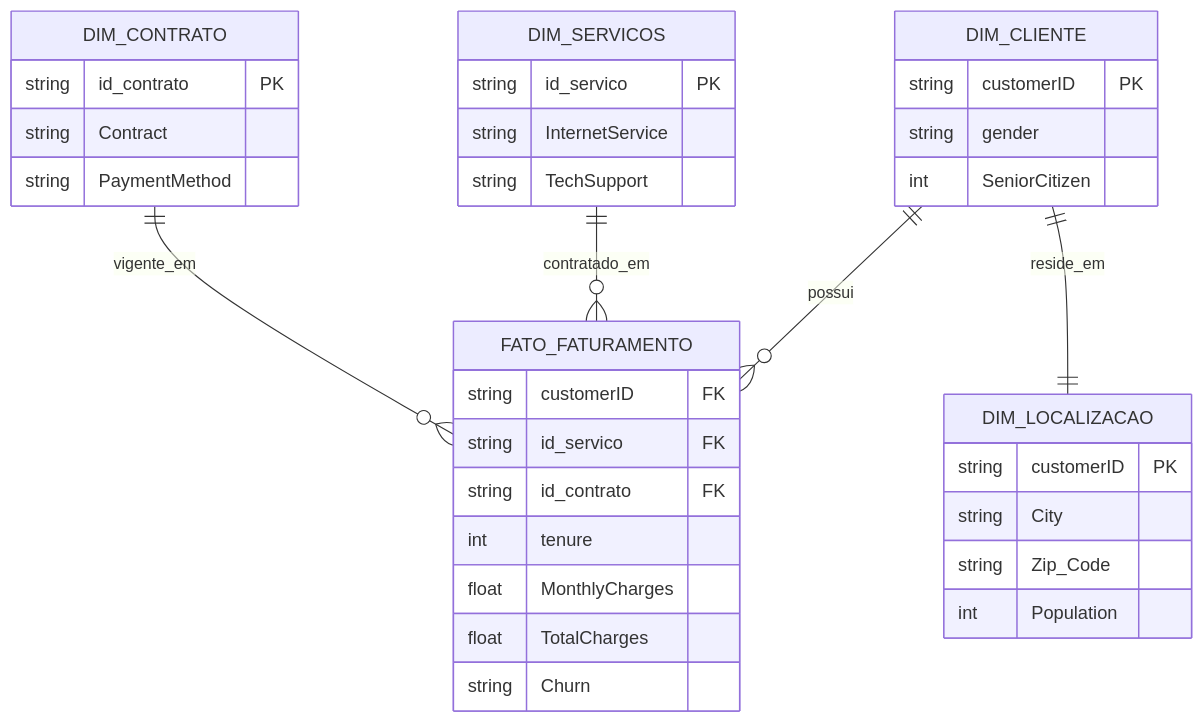
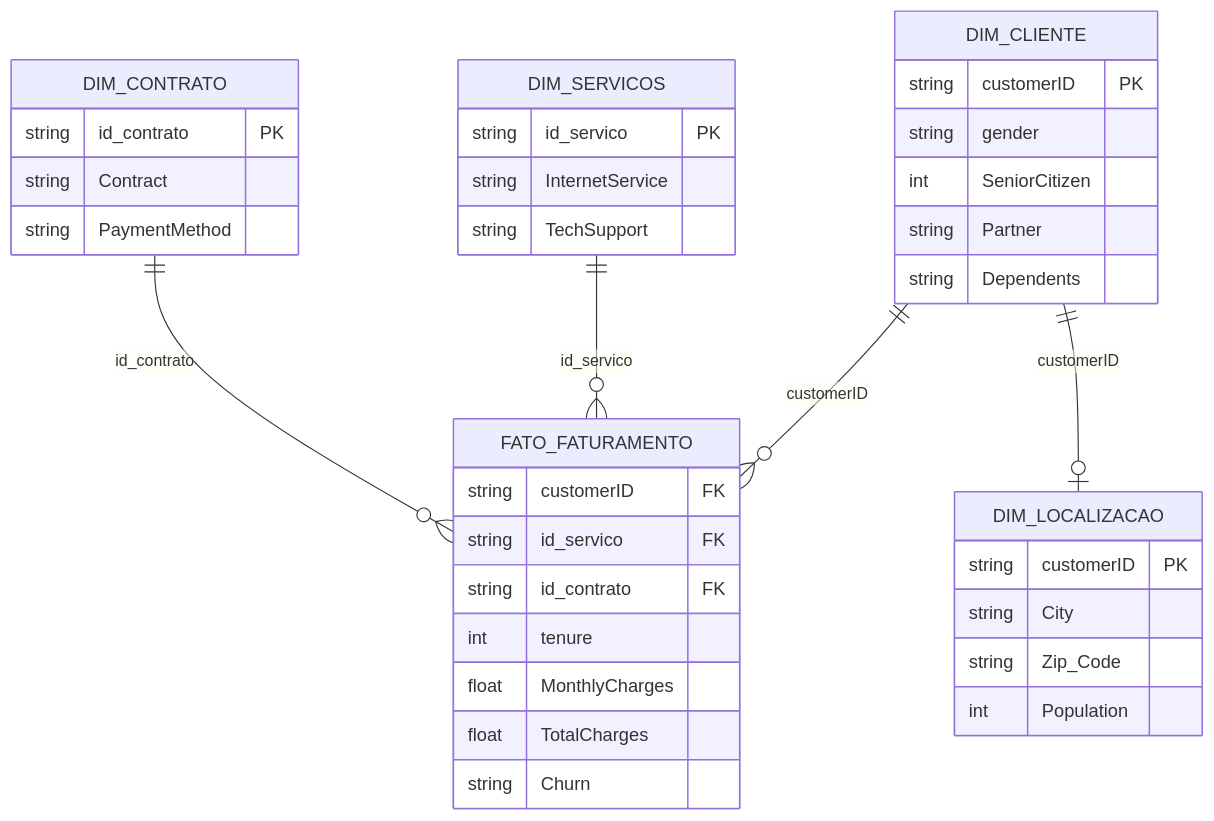
The second of 2 diagrams in README.md (hmaiac-ops/MVP-Engenharia-de-dados), drawn with Mermaid before and after one commit. The commit also changed other lines of this file, not shown here.

````diff
--- a/README.md
+++ b/README.md
@@ -40,38 +74,40 @@
 ```mermaid
 erDiagram
-  DIM_CLIENTE ||--o{ FATO_FATURAMENTO : possui
-  DIM_SERVICOS ||--o{ FATO_FATURAMENTO : contratado_em
-  DIM_CONTRATO ||--o{ FATO_FATURAMENTO : vigente_em
-  DIM_CLIENTE ||--|| DIM_LOCALIZACAO : reside_em
+    DIM_CLIENTE ||--o{ FATO_FATURAMENTO : customerID
+    DIM_SERVICOS ||--o{ FATO_FATURAMENTO : id_servico
+    DIM_CONTRATO ||--o{ FATO_FATURAMENTO : id_contrato
+    DIM_CLIENTE ||--o| DIM_LOCALIZACAO : customerID
 
-  DIM_CLIENTE {
-    string customerID PK
-    string gender
-    int SeniorCitizen
-  }
-  DIM_SERVICOS {
-    string id_servico PK
-    string InternetService
-    string TechSupport
-  }
-  DIM_CONTRATO {
-    string id_contrato PK
-    string Contract
-    string PaymentMethod
-  }
-  DIM_LOCALIZACAO {
-    string customerID PK
-    string City
-    string Zip_Code
-    int Population
-  }
-  FATO_FATURAMENTO {
-    string customerID FK
-    string id_servico FK
-    string id_contrato FK
-    int tenure
-    float MonthlyCharges
-    float TotalCharges
-    string Churn
-  }
+    DIM_CLIENTE {
+        string customerID PK
+        string gender
+        int SeniorCitizen
+        string Partner
+        string Dependents
+    }
+    DIM_SERVICOS {
+        string id_servico PK
+        string InternetService
+        string TechSupport
+    }
+    DIM_CONTRATO {
+        string id_contrato PK
+        string Contract
+        string PaymentMethod
+    }
+    DIM_LOCALIZACAO {
+        string customerID PK
+        string City
+        string Zip_Code
+        int Population
+    }
+    FATO_FATURAMENTO {
+        string customerID FK
+        string id_servico FK
+        string id_contrato FK
+        int tenure
+        float MonthlyCharges
+        float TotalCharges
+        string Churn
+    }
 ```
````
